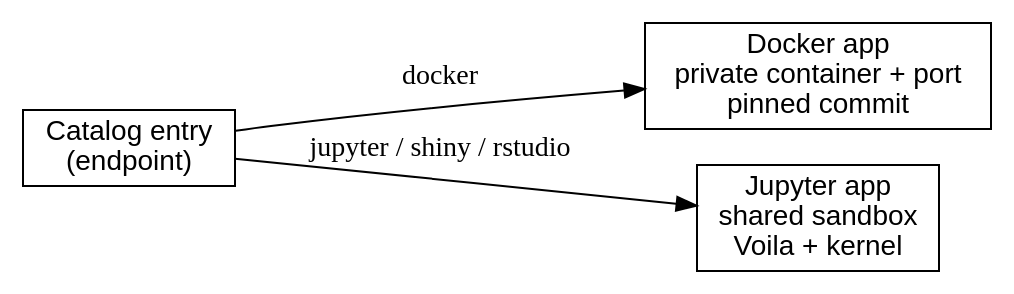
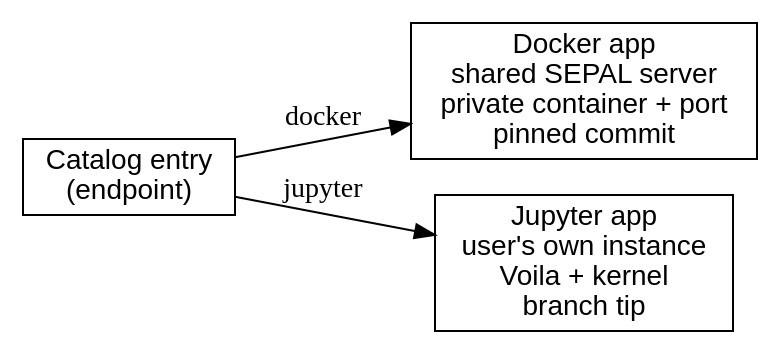
The diagram in docs/source/developers/apps/app_types.rst (openforis/sepal-doc), drawn with Graphviz before and after one commit. The commit also changed other lines of this file and 4 other files, not shown here.

First line of the commit message:
Refine docker-vs-jupyter framing, de-emphasize legacy endpoints, expand kernels for training content

```diff
--- a/docs/source/developers/apps/app_types.rst
+++ b/docs/source/developers/apps/app_types.rst
@@ -83,13 +132,13 @@
 .. graphviz::
 
     digraph endpoints {
         rankdir=LR;
         node [shape=box, fontname="sans-serif"];
 
         catalog [label="Catalog entry\n(endpoint)"];
-        docker  [label="Docker app\nprivate container + port\npinned commit"];
-        jupyter [label="Jupyter app\nshared sandbox\nVoila + kernel"];
+        docker  [label="Docker app\nshared SEPAL server\nprivate container + port\npinned commit"];
+        jupyter [label="Jupyter app\nuser's own instance\nVoila + kernel\nbranch tip"];
 
         catalog -> docker  [label="docker"];
-        catalog -> jupyter [label="jupyter / shiny / rstudio"];
+        catalog -> jupyter [label="jupyter"];
     }
```
